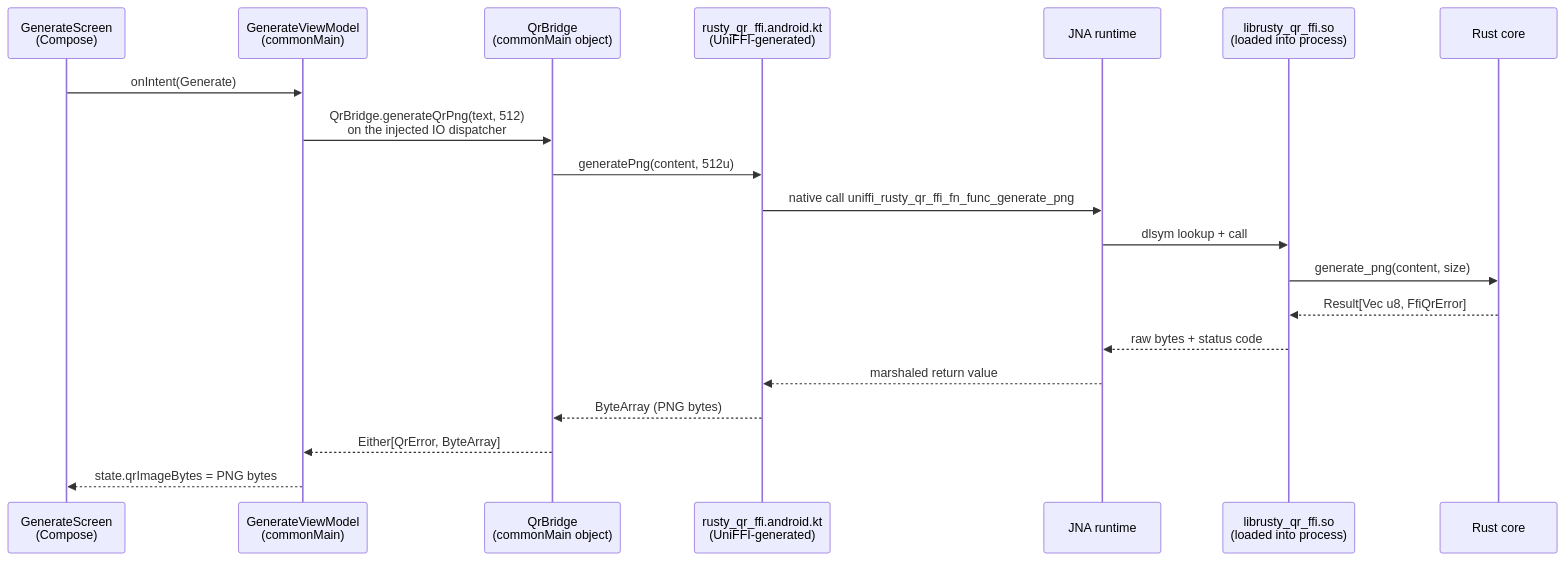
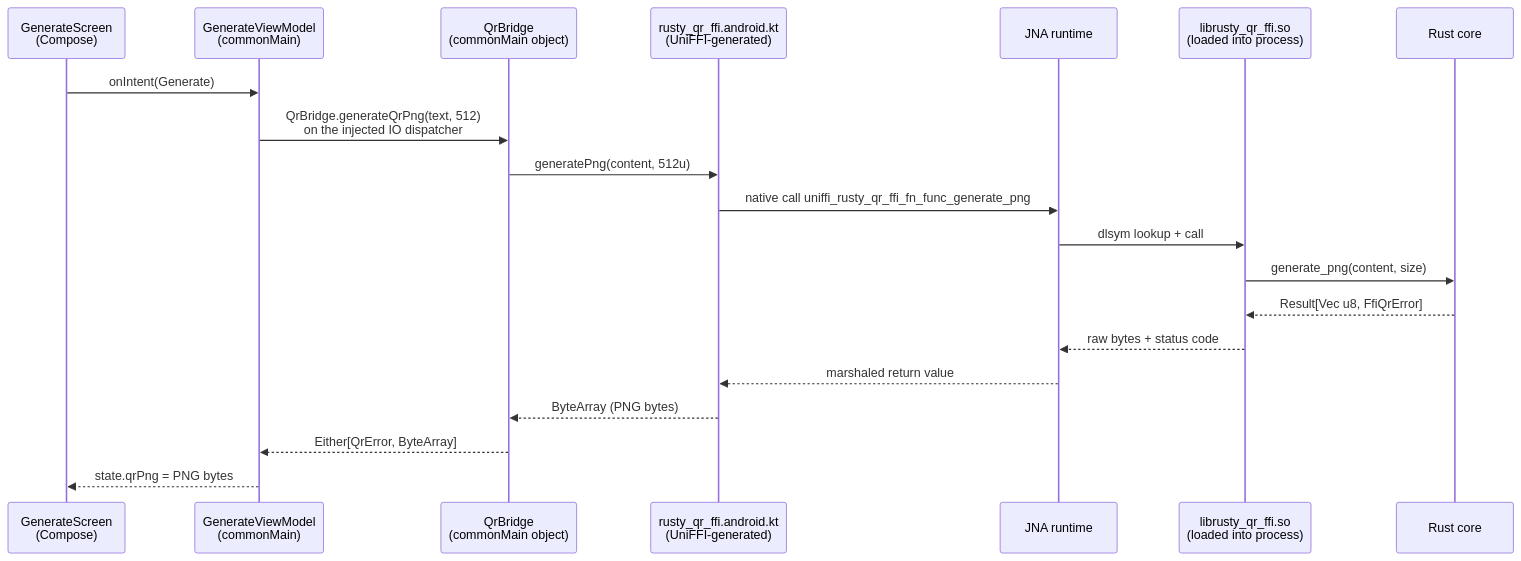
The sixth of 7 diagrams in docs/ARCHITECTURE.md (prasannajeet/RustyQR), drawn with Mermaid before and after one commit. The commit also changed other lines of this file and 188 other files, not shown here.

````diff
--- a/docs/ARCHITECTURE.md
+++ b/docs/ARCHITECTURE.md
@@ -451,23 +451,23 @@
 ```mermaid
 sequenceDiagram
     participant UI as GenerateScreen<br/>(Compose)
     participant VM as GenerateViewModel<br/>(commonMain)
     participant Bridge as QrBridge<br/>(commonMain object)
     participant Gen as rusty_qr_ffi.android.kt<br/>(UniFFI-generated)
     participant JNA as JNA runtime
     participant SO as librusty_qr_ffi.so<br/>(loaded into process)
     participant Rust as Rust core
 
     UI->>VM: onIntent(Generate)
     VM->>Bridge: QrBridge.generateQrPng(text, 512)<br/>on the injected IO dispatcher
     Bridge->>Gen: generatePng(content, 512u)
     Gen->>JNA: native call uniffi_rusty_qr_ffi_fn_func_generate_png
     JNA->>SO: dlsym lookup + call
     SO->>Rust: generate_png(content, size)
     Rust-->>SO: Result[Vec u8, FfiQrError]
     SO-->>JNA: raw bytes + status code
     JNA-->>Gen: marshaled return value
     Gen-->>Bridge: ByteArray (PNG bytes)
     Bridge-->>VM: Either[QrError, ByteArray]
-    VM-->>UI: state.qrImageBytes = PNG bytes
+    VM-->>UI: state.qrPng = PNG bytes
 ```
````
